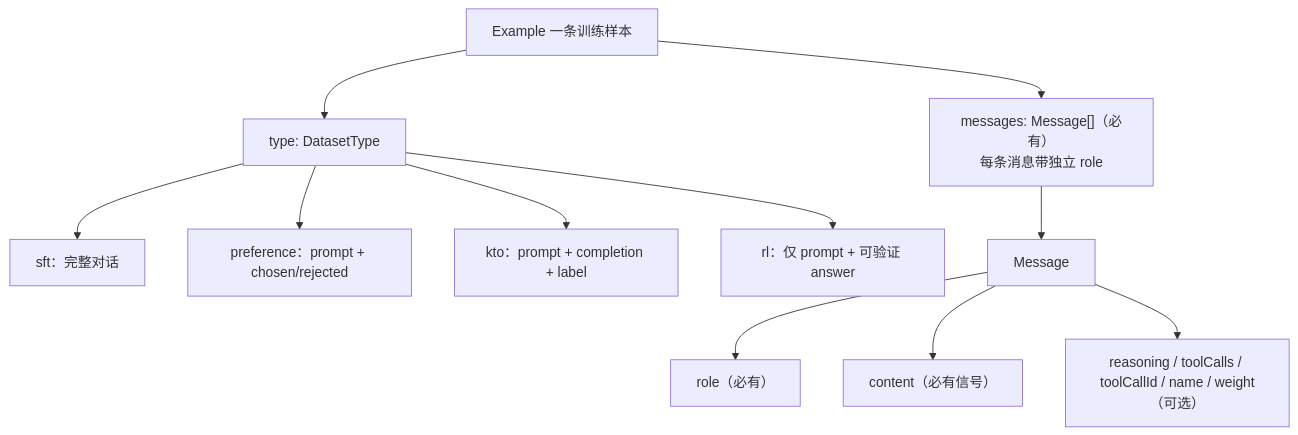
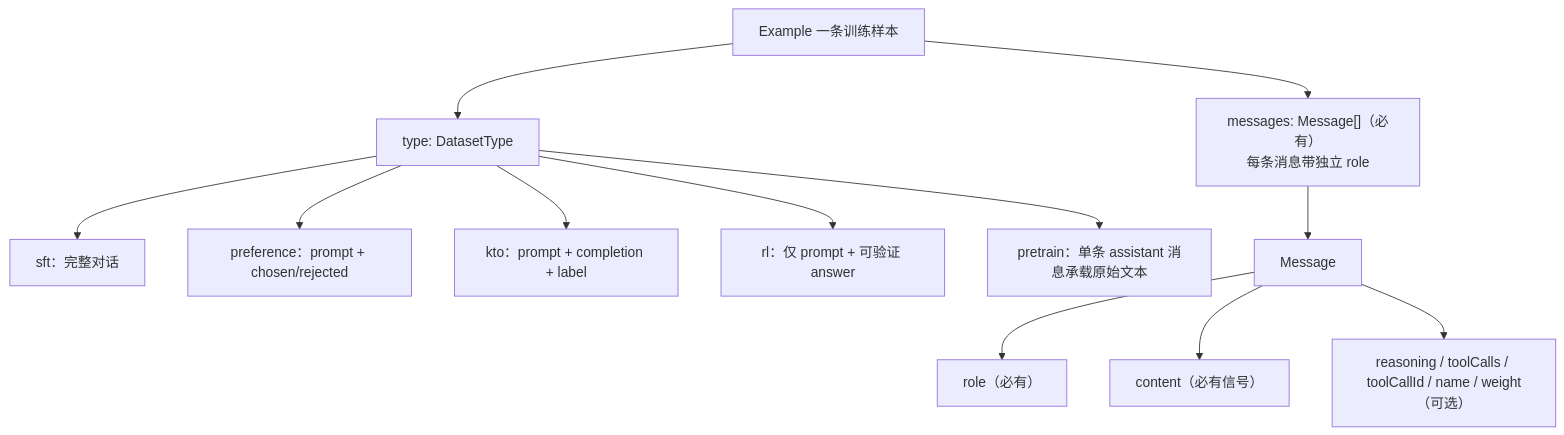
One commit to Vincent-Huang-2000/dataforge changed the diagram in docs/guides/data-model.md. Above: the diagram before and after it, drawn with Mermaid. The commit also changed other lines of this file and 2 other files, not shown here.

First line of the commit message:
docs: document the pretrain dataset type in developer guides

````diff
--- a/docs/guides/data-model.md
+++ b/docs/guides/data-model.md
@@ -13,14 +13,15 @@
 ```mermaid
 flowchart TD
     Example["Example 一条训练样本"] --> messages["messages: Message[]（必有）<br/>每条消息带独立 role"]
     Example --> type["type: DatasetType"]
     type --> sft["sft：完整对话"]
     type --> preference["preference：prompt + chosen/rejected"]
     type --> kto["kto：prompt + completion + label"]
     type --> rl["rl：仅 prompt + 可验证 answer"]
+    type --> pretrain["pretrain：单条 assistant 消息承载原始文本"]
 
     messages --> Message["Message"]
     Message --> role["role（必有）"]
     Message --> content["content（必有信号）"]
     Message --> opt["reasoning / toolCalls / toolCallId / name / weight（可选）"]
 ```
````
